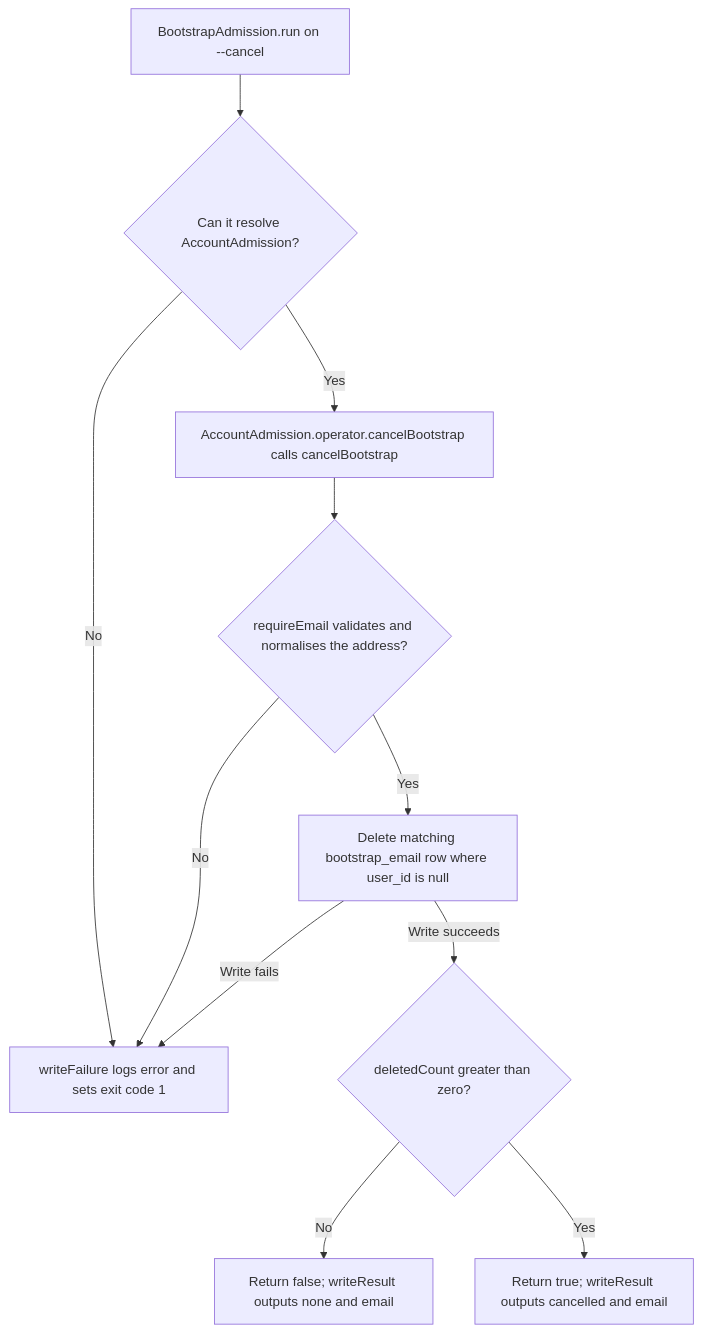
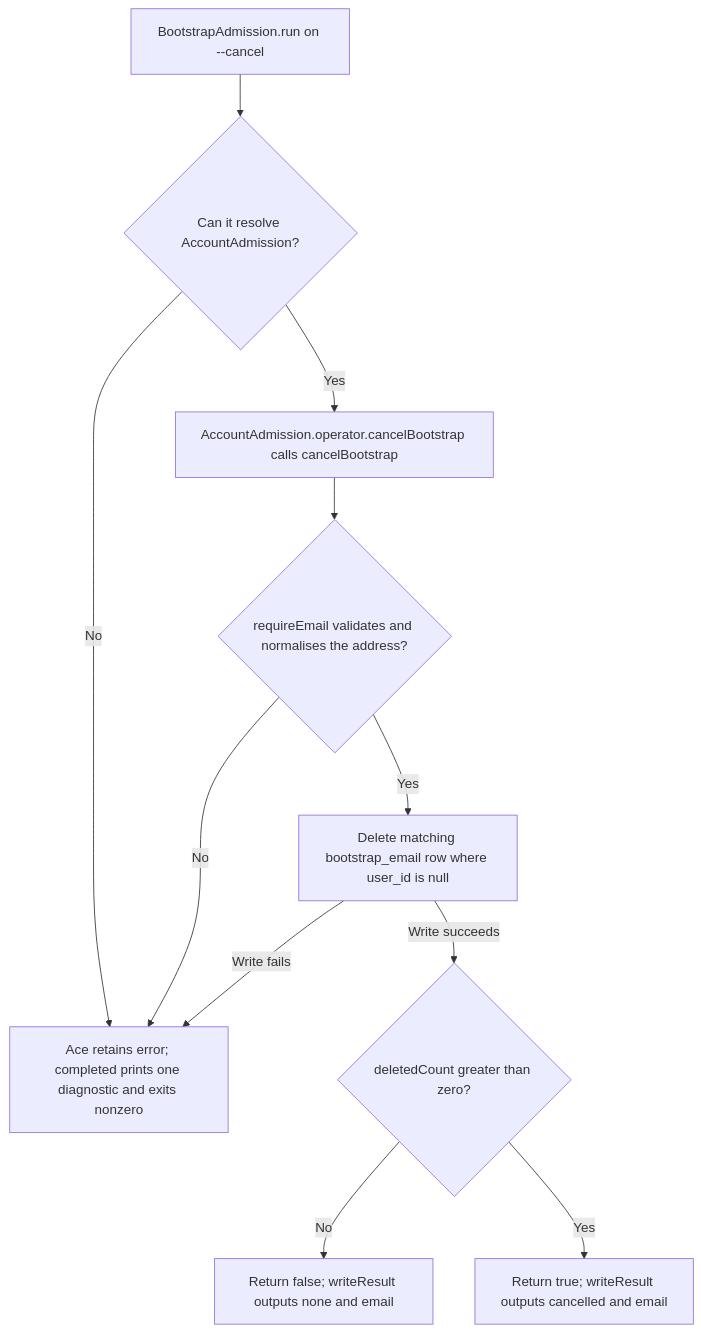
One commit to Kevinjohn/oss-adonisjs-account-kit changed the second of 2 diagrams in user-stories/US-ACCOUNT-47-cancel-admission-bootstrap.md. Above: the diagram before and after it, drawn with Mermaid. The commit also changed other lines of this file and 21 other files, not shown here.

````diff
--- a/user-stories/US-ACCOUNT-47-cancel-admission-bootstrap.md
+++ b/user-stories/US-ACCOUNT-47-cancel-admission-bootstrap.md
@@ -34,13 +35,13 @@
 ```mermaid
 flowchart TD
  A["BootstrapAdmission.run on --cancel"] --> Y{"Can it resolve AccountAdmission?"}
  Y -->|No| X
  Y -->|Yes| B["AccountAdmission.operator.cancelBootstrap calls cancelBootstrap"]
  B --> C{"requireEmail validates and normalises the address?"}
- C -->|No| X["writeFailure logs error and sets exit code 1"]
+ C -->|No| X["Ace retains error; completed prints one diagnostic and exits nonzero"]
  C -->|Yes| D["Delete matching bootstrap_email row where user_id is null"]
  D -->|Write fails| X
  D -->|Write succeeds| E{"deletedCount greater than zero?"}
  E -->|No| F["Return false; writeResult outputs none and email"]
  E -->|Yes| G["Return true; writeResult outputs cancelled and email"]
 ```
````
